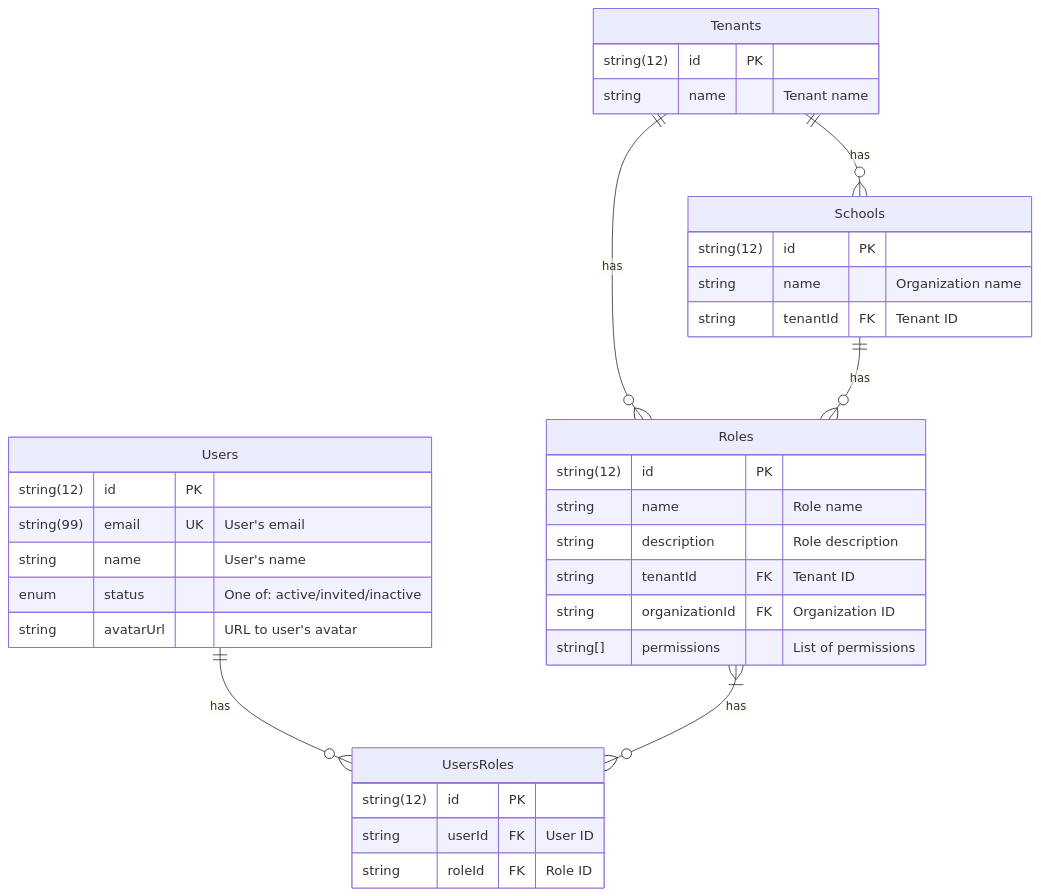
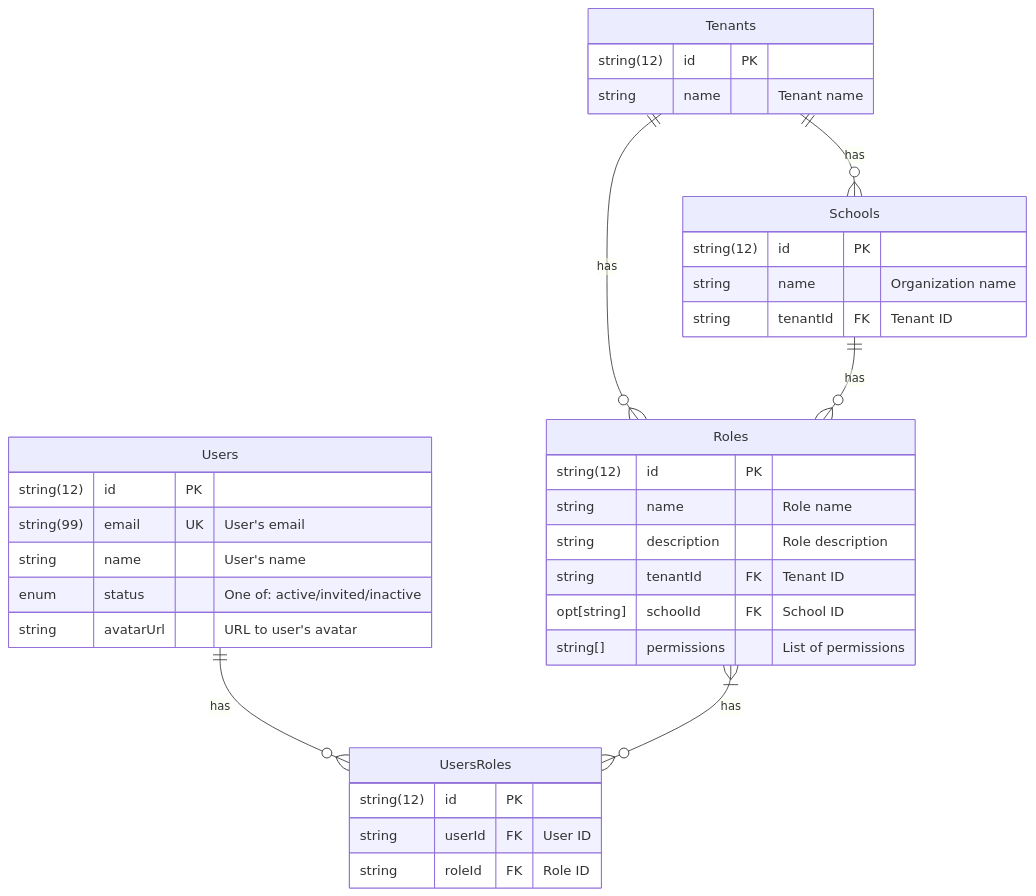
One commit to akdasa-studios/vidya changed the first of 2 diagrams in docs/Entity Relationship Diagram.md. Above: the diagram before and after it, drawn with Mermaid. The commit also changed other lines of this file, not shown here.

Commit message:
docs(project): update Entity Relationship Diagram to include schoolId and clean up index

````diff
--- a/docs/Entity Relationship Diagram.md
+++ b/docs/Entity Relationship Diagram.md
@@ -16,44 +16,44 @@
 ```mermaid
 erDiagram
     Tenants {
         string(12) id PK
         string name "Tenant name"
     }
 
     Schools {
         string(12) id PK
         string name "Organization name"
         string tenantId FK "Tenant ID"
     }
 
     Roles {
         string(12) id PK
         string name "Role name"
         string description "Role description"
         string tenantId FK "Tenant ID"
-        string organizationId FK "Organization ID"
+        opt[string] schoolId FK "School ID"
         string[] permissions "List of permissions"
     }
 
     Users {
         string(12) id PK
         string(99) email UK "User's email"
         string name "User's name"
         enum status "One of: active/invited/inactive"
         string avatarUrl "URL to user's avatar"
     }
 
 
     UsersRoles {
         string(12) id PK
         string userId FK "User ID"
         string roleId FK "Role ID"
     }
 
     Tenants ||--o{ Schools : "has"
     Tenants ||--o{ Roles : "has"
     Schools ||--o{ Roles : "has"
     Users ||--o{ UsersRoles : "has"
     Roles }|--o{ UsersRoles : "has"
 
 ```
````
